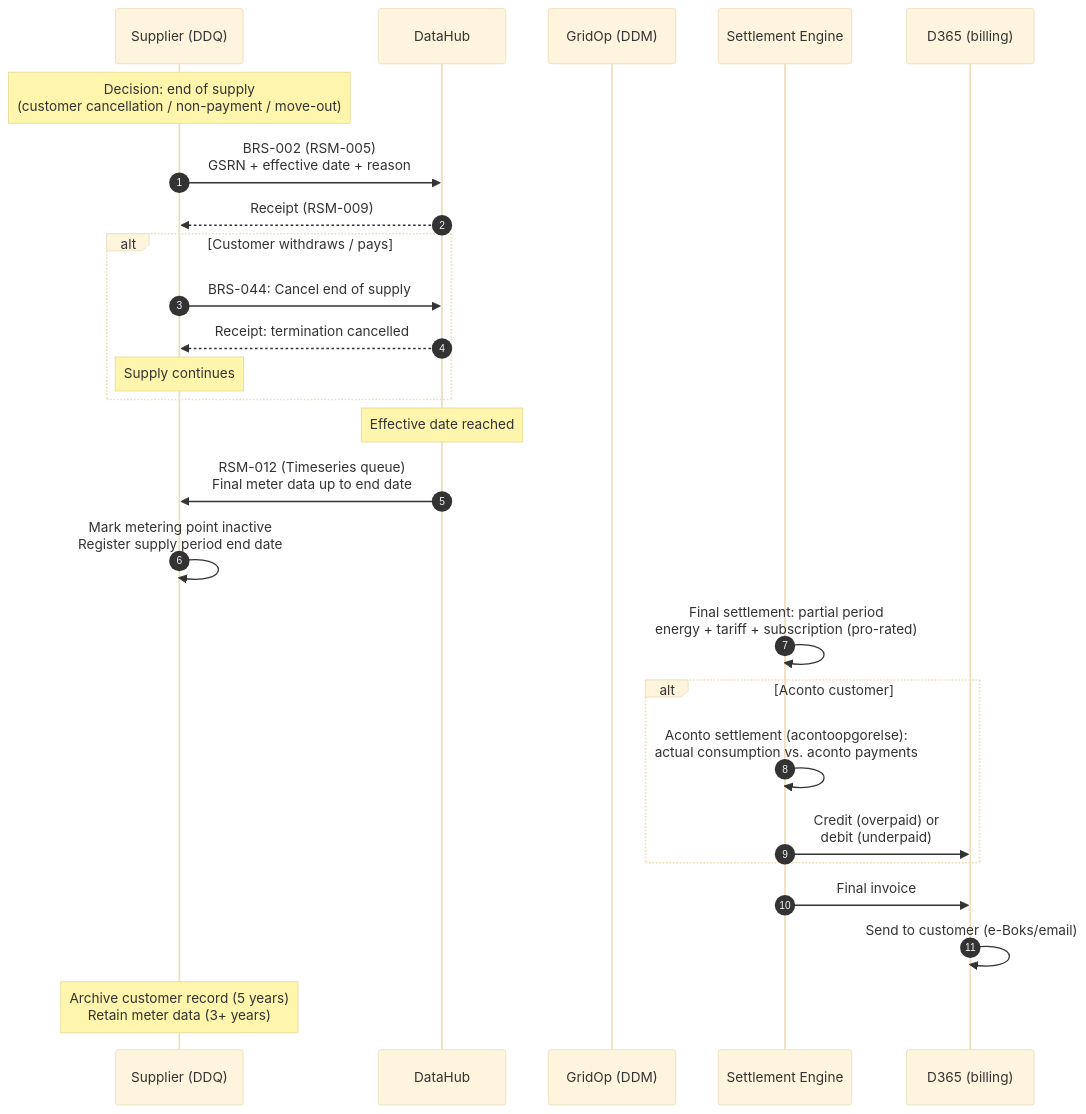
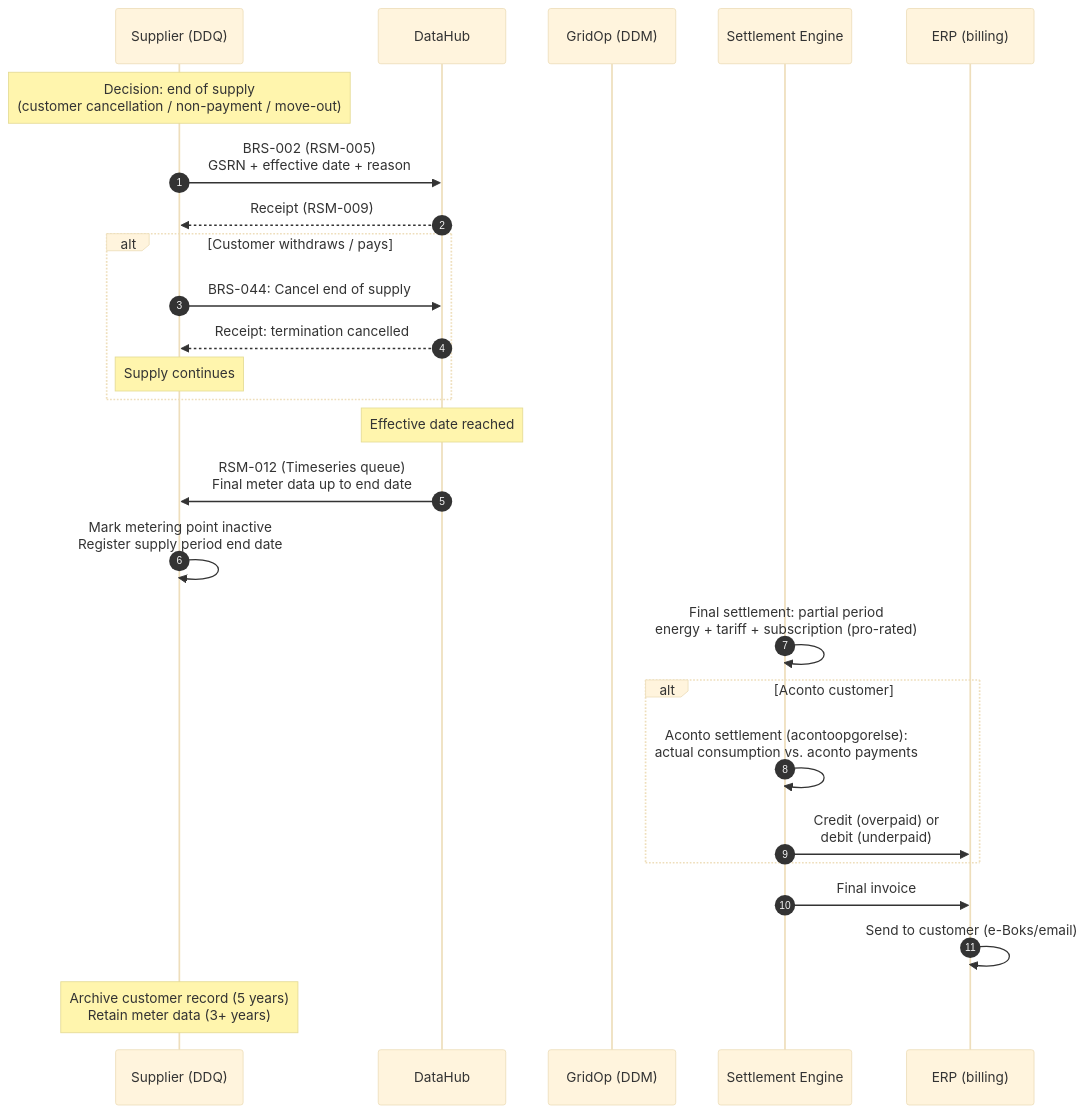
The third of 7 diagrams in docs/datahub3-sequence-diagrams.md (kloppnr1/DataHub.Exploration), drawn with Mermaid (base theme) before and after one commit. The commit also changed other lines of this file and 4 other files, not shown here.

````diff
--- a/docs/datahub3-sequence-diagrams.md
+++ b/docs/datahub3-sequence-diagrams.md
@@ -95,38 +95,38 @@
 ```mermaid
 sequenceDiagram
     autonumber
     participant DDQ as Supplier (DDQ)
     participant DH as DataHub
     participant Netvirk as GridOp (DDM)
     participant Settl as Settlement Engine
-    participant D365 as D365 (billing)
+    participant ERP as ERP (billing)
 
     Note over DDQ: Decision: end of supply<br/>(customer cancellation / non-payment / move-out)
 
     DDQ->>DH: BRS-002 (RSM-005)<br/>GSRN + effective date + reason
     DH-->>DDQ: Receipt (RSM-009)
 
     alt Customer withdraws / pays
         DDQ->>DH: BRS-044: Cancel end of supply
         DH-->>DDQ: Receipt: termination cancelled
         Note over DDQ: Supply continues
     end
 
     Note over DH: Effective date reached
 
     DH->>DDQ: RSM-012 (Timeseries queue)<br/>Final meter data up to end date
 
     DDQ->>DDQ: Mark metering point inactive<br/>Register supply period end date
 
     Settl->>Settl: Final settlement: partial period<br/>energy + tariff + subscription (pro-rated)
 
     alt Aconto customer
         Settl->>Settl: Aconto settlement (acontoopgorelse):<br/>actual consumption vs. aconto payments
-        Settl->>D365: Credit (overpaid) or<br/>debit (underpaid)
+        Settl->>ERP: Credit (overpaid) or<br/>debit (underpaid)
     end
 
-    Settl->>D365: Final invoice
-    D365->>D365: Send to customer (e-Boks/email)
+    Settl->>ERP: Final invoice
+    ERP->>ERP: Send to customer (e-Boks/email)
 
     Note over DDQ: Archive customer record (5 years)<br/>Retain meter data (3+ years)
 ```
````
